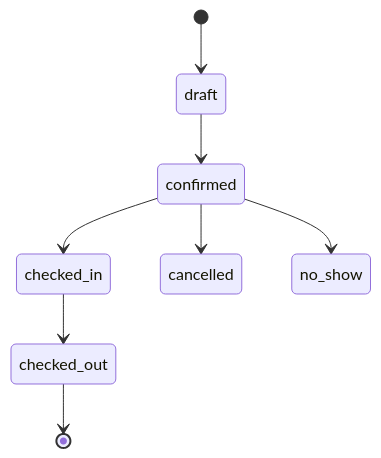
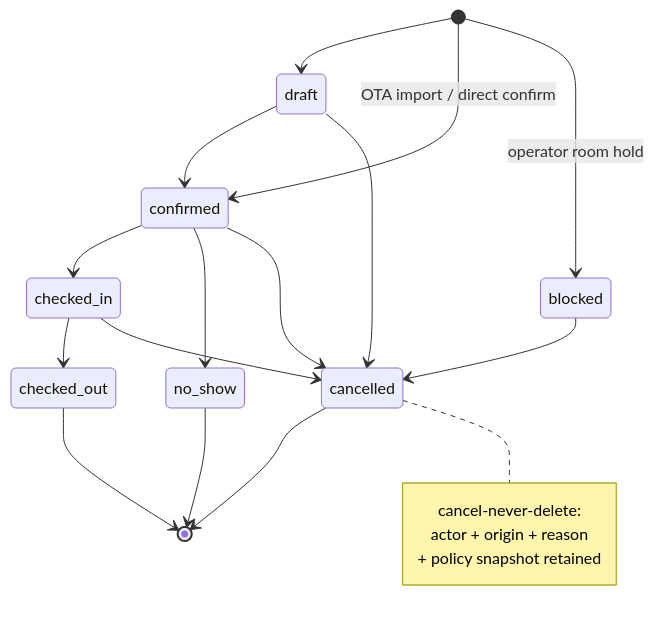
Before and after one commit to Ronus922/GuestHub: the first of 2 diagrams in docs/architecture/RESERVATION_LIFECYCLE.md, drawn with Mermaid. The commit also changed other lines of this file and 6 other files, not shown here.

First line of the commit message:
docs(architecture): complete 7 Stage-3 domain documents (§23)

````diff
--- a/docs/architecture/RESERVATION_LIFECYCLE.md
+++ b/docs/architecture/RESERVATION_LIFECYCLE.md
@@ -32,11 +47,28 @@
 ```mermaid
-%% TODO(Stage 3): finalize reservation state machine.
 stateDiagram-v2
     [*] --> draft
+    [*] --> confirmed : OTA import / direct confirm
+    [*] --> blocked : operator room hold
+
     draft --> confirmed
+    draft --> cancelled
+
     confirmed --> checked_in
+    confirmed --> no_show
+    confirmed --> cancelled
+
     checked_in --> checked_out
-    confirmed --> cancelled
-    confirmed --> no_show
+    checked_in --> cancelled
+
+    blocked --> cancelled
+
     checked_out --> [*]
+    no_show --> [*]
+    cancelled --> [*]
+
+    note right of cancelled
+        cancel-never-delete:
+        actor + origin + reason
+        + policy snapshot retained
+    end note
 ```
````
